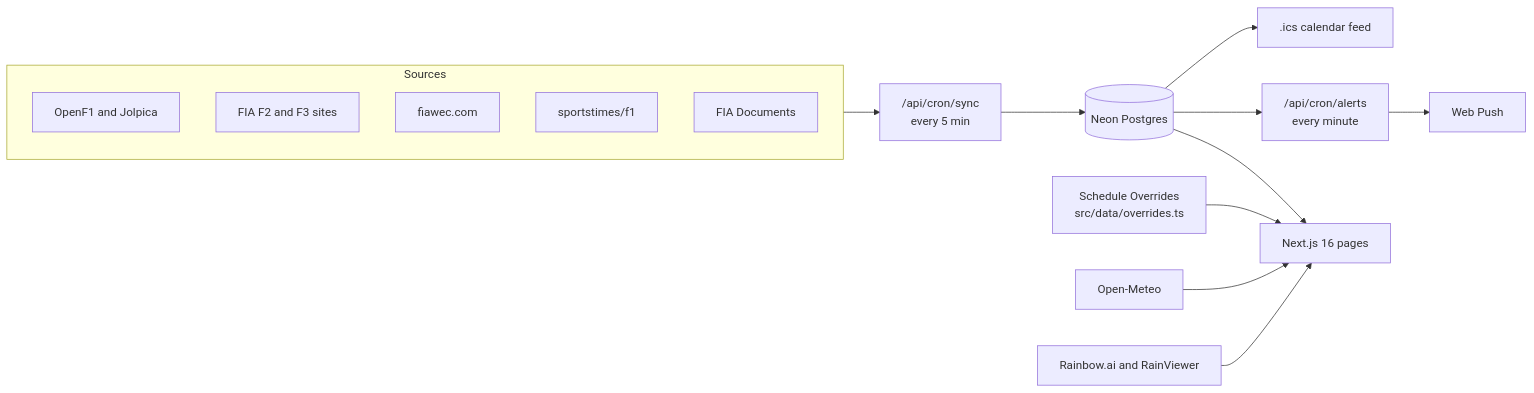
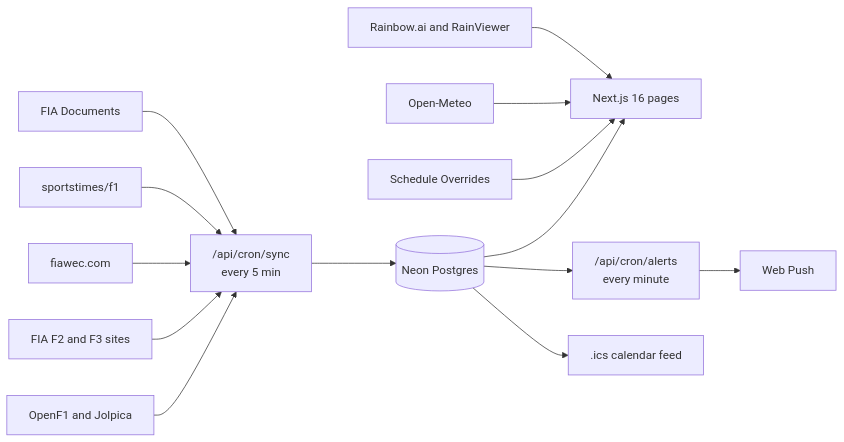
The diagram in README.md (byalex33/motorsportsinfo.app), drawn with Mermaid before and after one commit.

Commit message:
README: lay the data-flow diagram out source by source

````diff
--- a/README.md
+++ b/README.md
@@ -110,20 +110,17 @@
 ```mermaid
 flowchart LR
-  subgraph Sources
-    S1[OpenF1 and Jolpica]
-    S2[FIA F2 and F3 sites]
-    S3[fiawec.com]
-    S4[sportstimes/f1]
-    S5[FIA Documents]
-  end
+  S1["OpenF1 and Jolpica"] --> SYNC
+  S2["FIA F2 and F3 sites"] --> SYNC
+  S3["fiawec.com"] --> SYNC
+  S4["sportstimes/f1"] --> SYNC
+  S5["FIA Documents"] --> SYNC
+  SYNC["/api/cron/sync<br/>every 5 min"] --> DB[("Neon Postgres")]
 
-  Sources --> SYNC["/api/cron/sync<br/>every 5 min"]
-  SYNC --> DB[(Neon Postgres)]
-  OV["Schedule Overrides<br/>src/data/overrides.ts"] --> APP
   DB --> APP["Next.js 16 pages"]
-  OM[Open-Meteo] --> APP
-  RADAR[Rainbow.ai and RainViewer] --> APP
-  DB --> ALERTS["/api/cron/alerts<br/>every minute"]
-  ALERTS --> PUSH[Web Push]
+  OV["Schedule Overrides"] --> APP
+  OM["Open-Meteo"] --> APP
+  RADAR["Rainbow.ai and RainViewer"] --> APP
+
+  DB --> ALERTS["/api/cron/alerts<br/>every minute"] --> PUSH["Web Push"]
   DB --> ICS[".ics calendar feed"]
 ```
````
